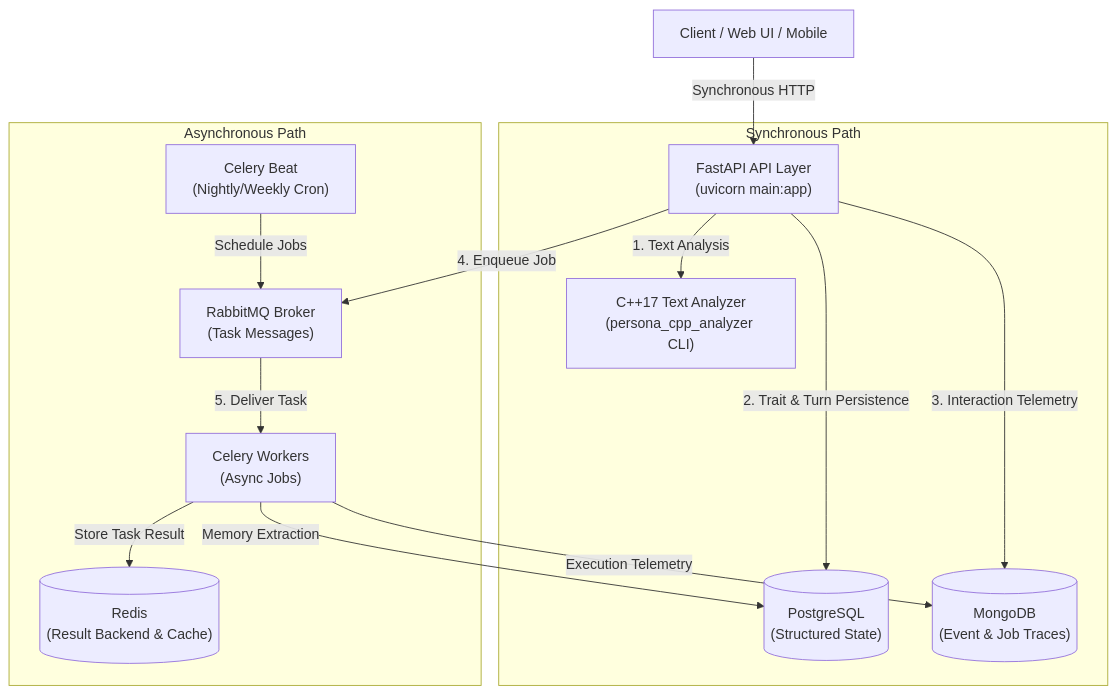
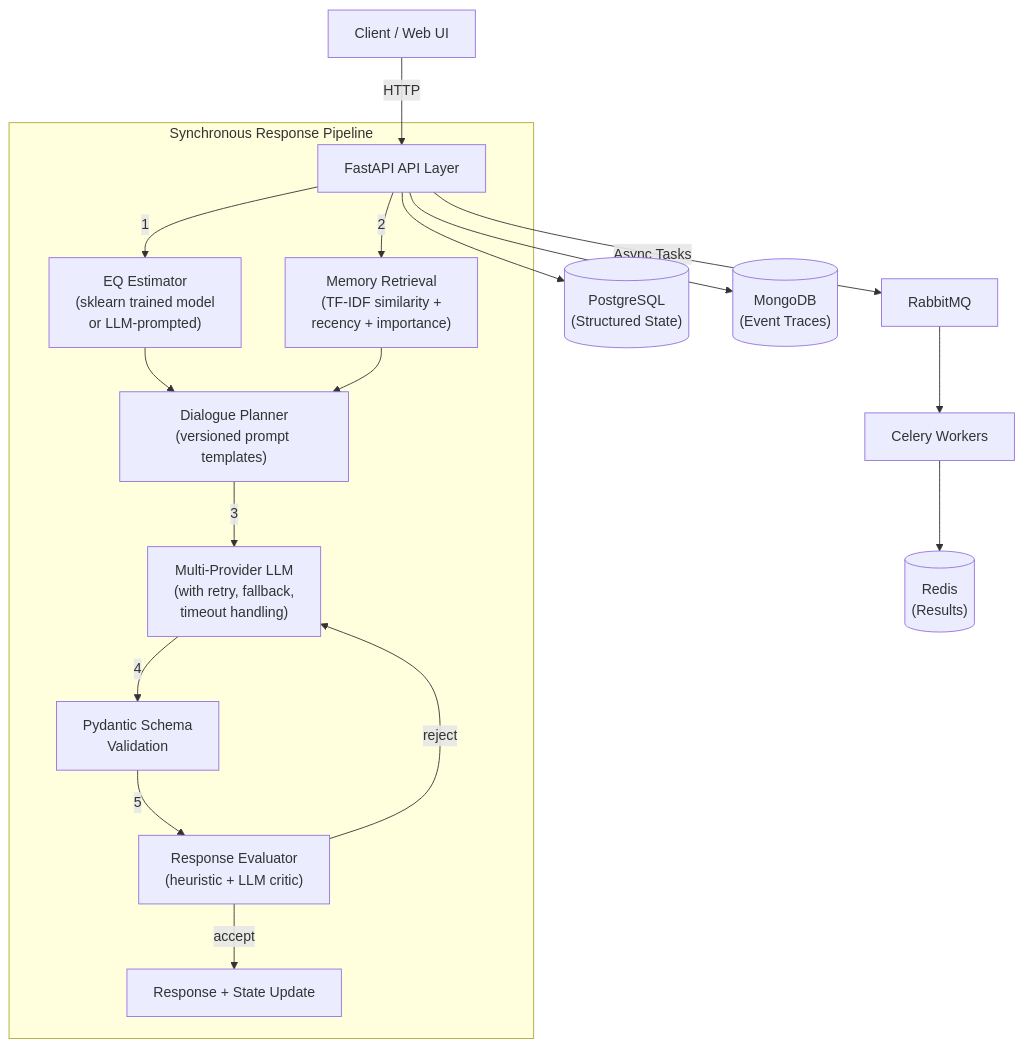
The diagram in README.md (Bala24K/PersonaAI), drawn with Mermaid before and after one commit. The commit also changed other lines of this file and 20 other files, not shown here.

````diff
--- a/README.md
+++ b/README.md
@@ -22,20 +20,21 @@
 ```mermaid
 flowchart TD
-    Client[Client / Web UI / Mobile] -->|Synchronous HTTP| FastAPI["FastAPI API Layer\n(uvicorn main:app)"]
+    Client[Client / Web UI] -->|HTTP| FastAPI["FastAPI API Layer"]
     
-    subgraph SynchronousFlow["Synchronous Path"]
-        FastAPI -->|1. Text Analysis| Cpp["C++17 Text Analyzer\n(persona_cpp_analyzer CLI)"]
-        FastAPI -->|2. Trait & Turn Persistence| Postgres[("PostgreSQL\n(Structured State)")]
-        FastAPI -->|3. Interaction Telemetry| Mongo[("MongoDB\n(Event & Job Traces)")]
+    subgraph Pipeline["Synchronous Response Pipeline"]
+        FastAPI -->|1| EQ["EQ Estimator<br/>(sklearn trained model<br/>or LLM-prompted)"]
+        FastAPI -->|2| RAG["Memory Retrieval<br/>(TF-IDF similarity +<br/>recency + importance)"]
+        EQ --> Planner["Dialogue Planner<br/>(versioned prompt templates)"]
+        RAG --> Planner
+        Planner -->|3| LLM["Multi-Provider LLM<br/>(with retry, fallback,<br/>timeout handling)"]
+        LLM -->|4| Validator["Pydantic Schema<br/>Validation"]
+        Validator -->|5| Evaluator["Response Evaluator<br/>(heuristic + LLM critic)"]
+        Evaluator -->|reject| LLM
+        Evaluator -->|accept| Response["Response + State Update"]
     end
     
-    subgraph AsynchronousFlow["Asynchronous Path"]
-        FastAPI -->|4. Enqueue Job| RabbitMQ["RabbitMQ Broker\n(Task Messages)"]
-        RabbitMQ -->|5. Deliver Task| CeleryWorker["Celery Workers\n(Async Jobs)"]
-        
-        CeleryWorker -->|Memory Extraction| Postgres
-        CeleryWorker -->|Execution Telemetry| Mongo
-        CeleryWorker -->|Store Task Result| Redis[("Redis\n(Result Backend & Cache)")]
-        CeleryBeat["Celery Beat\n(Nightly/Weekly Cron)"] -->|Schedule Jobs| RabbitMQ
-    end
+    FastAPI --> Postgres[("PostgreSQL<br/>(Structured State)")]
+    FastAPI --> Mongo[("MongoDB<br/>(Event Traces)")]
+    FastAPI -->|Async Tasks| RabbitMQ["RabbitMQ"] --> Celery["Celery Workers"]
+    Celery --> Redis[("Redis<br/>(Results)")]
 ```
````
